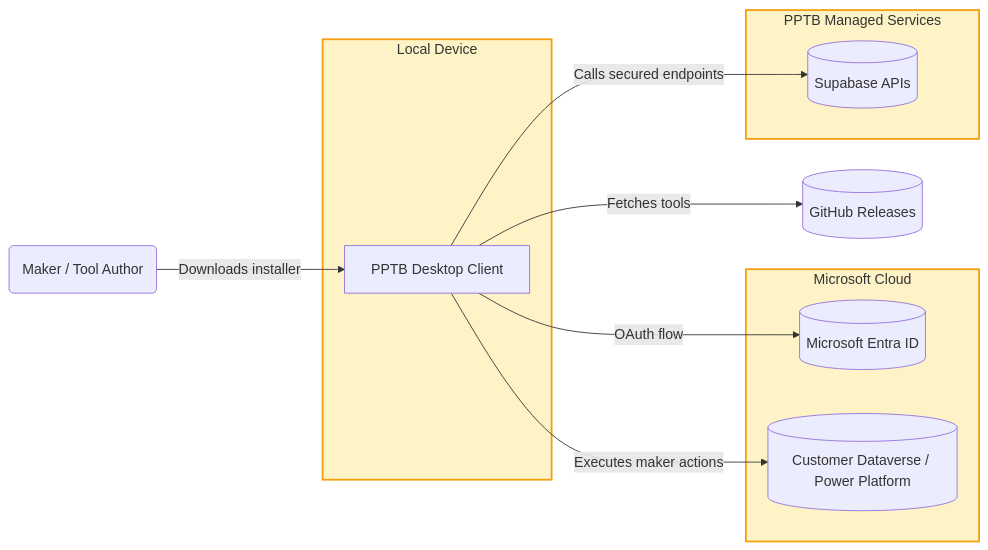
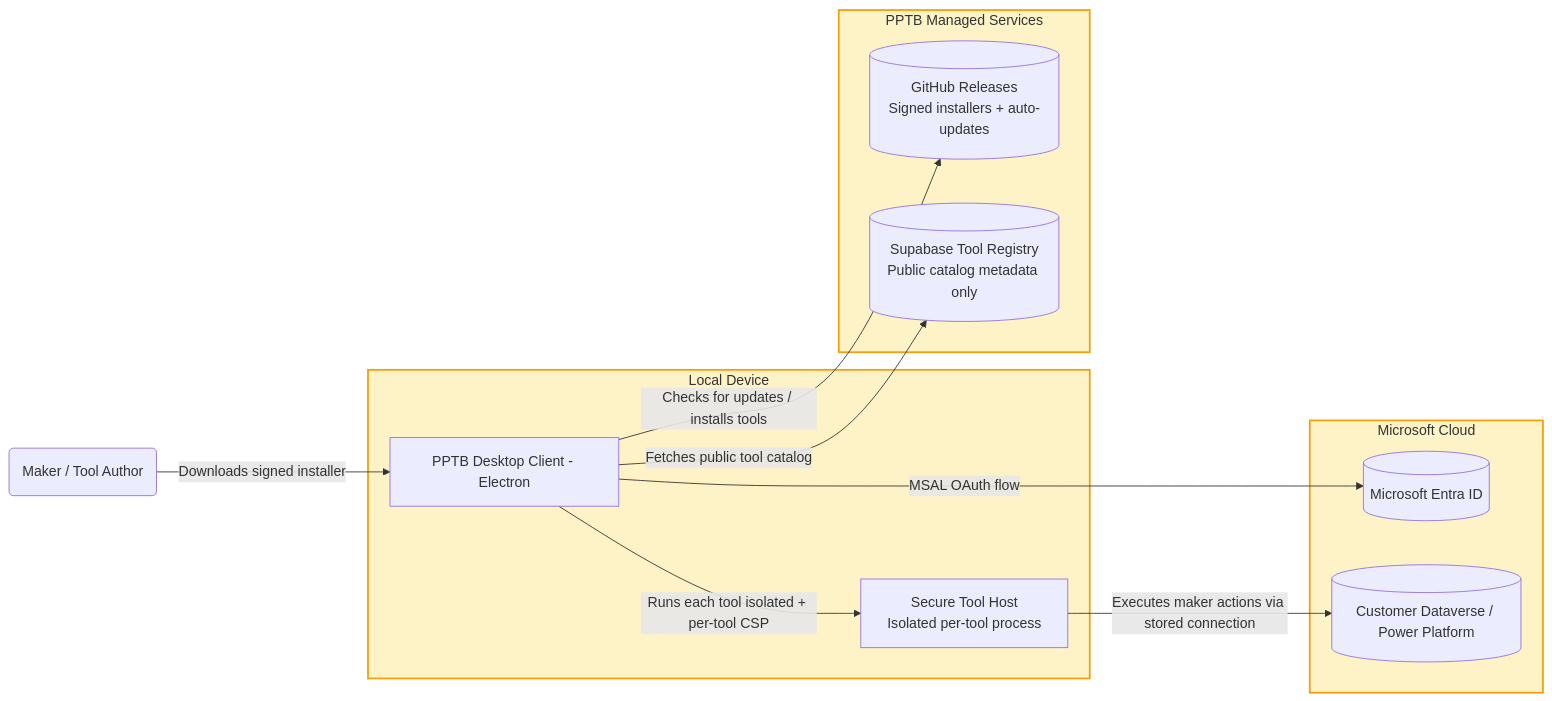
One commit to PowerPlatformToolBox/pptb-web changed the diagram in artifacts/security/threat-model/pptb-threat-model.mmd. Above: the diagram before and after it, drawn with Mermaid. The commit also changed 6 other files, not shown here.

Commit message:
feat: update security documentation and workflows for the desktop app, enhance threat model, and refine OWASP checklist

```diff
--- a/artifacts/security/threat-model/pptb-threat-model.mmd
+++ b/artifacts/security/threat-model/pptb-threat-model.mmd
@@ -1,31 +1,35 @@
-%% PPTB Threat Model (starter)
+%% PPTB Desktop App Threat Model
 flowchart LR
     Maker(Maker / Tool Author)
-    PPTB[PPTB Desktop Client]
-    Github[(GitHub Releases)]
+    PPTB[PPTB Desktop Client - Electron]
+    ToolHost[Secure Tool Host<br/>Isolated per-tool process]
+    Github[(GitHub Releases<br/>Signed installers + auto-updates)]
+    Registry[(Supabase Tool Registry<br/>Public catalog metadata only)]
     EntraID[(Microsoft Entra ID)]
-    Supabase[(Supabase APIs)]
     Dataverse[(Customer Dataverse / Power Platform)]
 
-    Maker -->|Downloads installer| PPTB
-    PPTB -->|Fetches tools| Github
-    PPTB -->|OAuth flow| EntraID
-    PPTB -->|Calls secured endpoints| Supabase
-    PPTB -->|Executes maker actions| Dataverse
+    Maker -->|Downloads signed installer| PPTB
+    PPTB -->|Checks for updates / installs tools| Github
+    PPTB -->|Fetches public tool catalog| Registry
+    PPTB -->|Runs each tool isolated + per-tool CSP| ToolHost
+    PPTB -->|MSAL OAuth flow| EntraID
+    ToolHost -->|Executes maker actions via stored connection| Dataverse
 
     classDef boundary fill:#fef3c7,stroke:#f59e0b,stroke-width:2px;
     subgraph TB1 [Local Device]
         PPTB
+        ToolHost
     end
     class TB1 boundary;
 
     subgraph TB2 [Microsoft Cloud]
         EntraID
         Dataverse
     end
     class TB2 boundary;
 
     subgraph TB3 [PPTB Managed Services]
-        Supabase
+        Github
+        Registry
     end
     class TB3 boundary;
```
